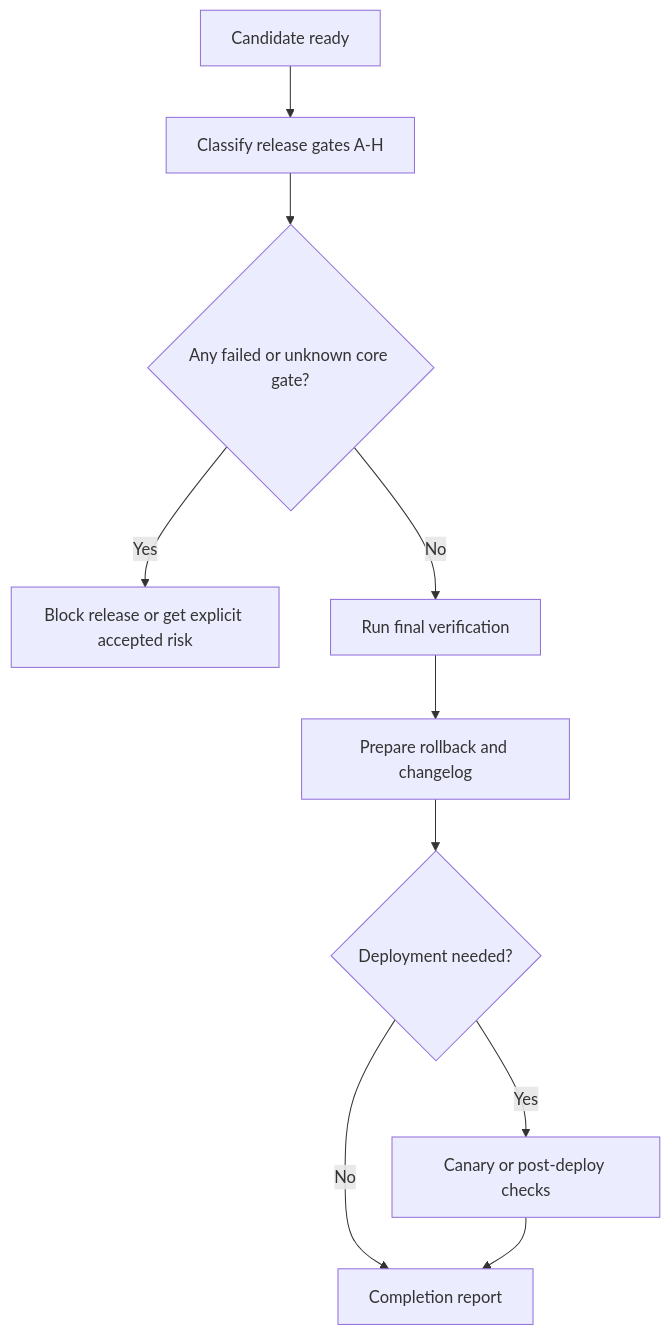
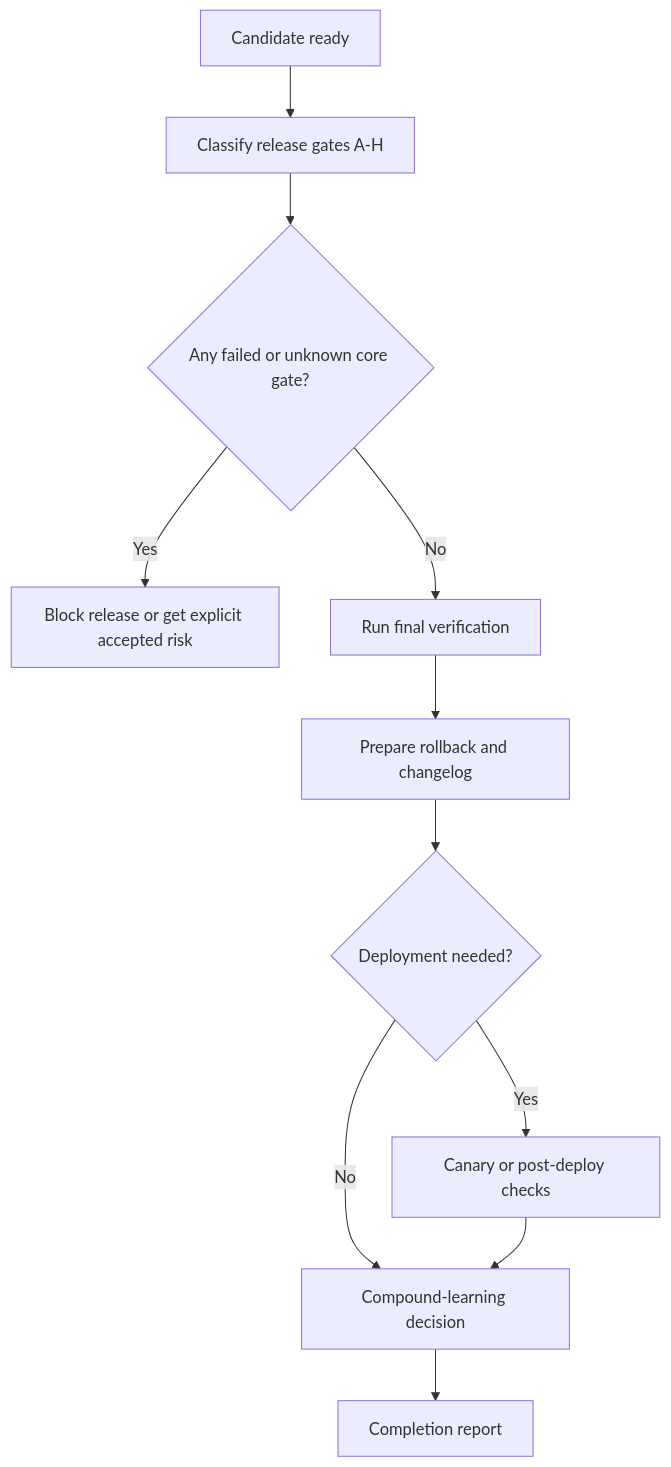
One commit to wfprieto/wcbs-build-kit changed the diagram in skills/release-readiness-and-ship-gates/SKILL.md. Above: the diagram before and after it, drawn with Mermaid. The commit also changed other lines of this file and 16 other files, not shown here.

````diff
--- a/skills/release-readiness-and-ship-gates/SKILL.md
+++ b/skills/release-readiness-and-ship-gates/SKILL.md
@@ -16,12 +16,13 @@
 ```mermaid
 flowchart TD
   A["Candidate ready"] --> B["Classify release gates A-H"]
   B --> C{"Any failed or unknown core gate?"}
   C -- "Yes" --> D["Block release or get explicit accepted risk"]
   C -- "No" --> E["Run final verification"]
   E --> F["Prepare rollback and changelog"]
   F --> G{"Deployment needed?"}
   G -- "Yes" --> H["Canary or post-deploy checks"]
-  G -- "No" --> I["Completion report"]
+  G -- "No" --> I["Compound-learning decision"]
   H --> I
+  I --> J["Completion report"]
 ```
````
